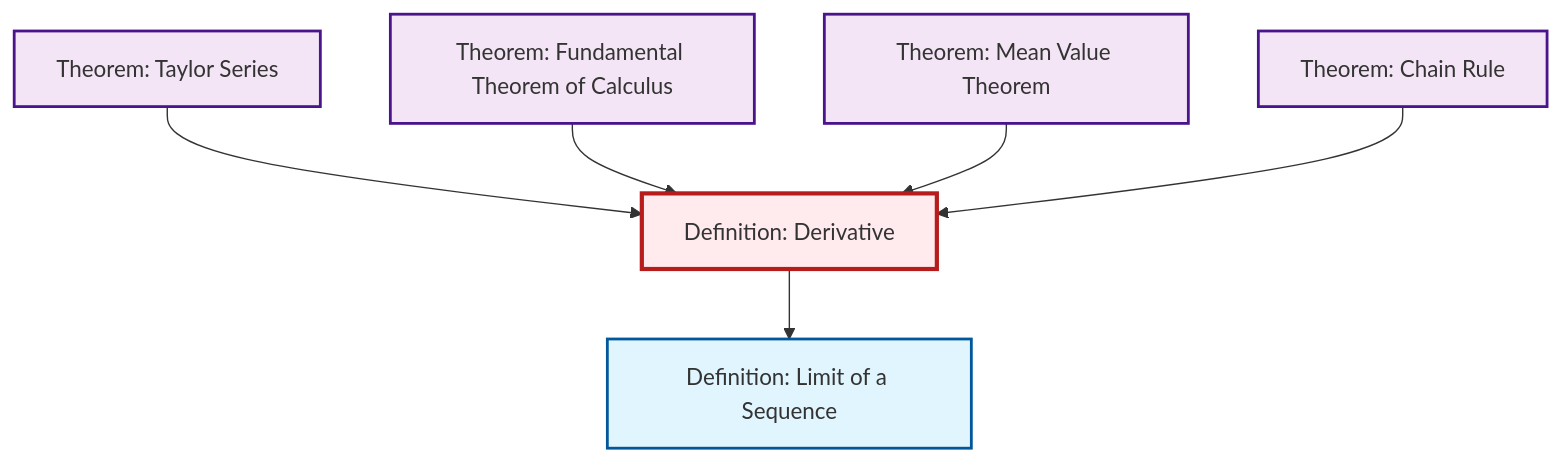
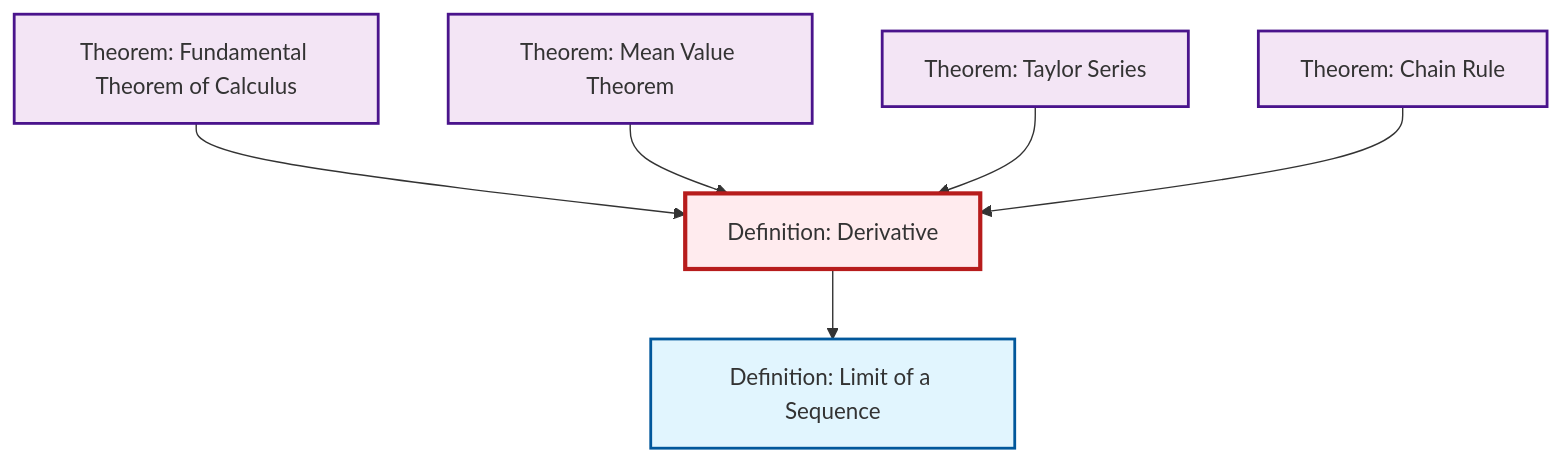
Before and after one commit to RK0429/ModernMath: the second of 2 diagrams in content/ja/analysis/def-derivative.qmd, drawn with Mermaid. The commit also changed other lines of this file and 581 other files, not shown here.

````diff
--- a/content/ja/analysis/def-derivative.qmd
+++ b/content/ja/analysis/def-derivative.qmd
@@ -89,26 +89,26 @@
 ```{mermaid}
 %%| fig-cap: "Local dependency graph"
 graph TD
     classDef definition fill:#e1f5fe,stroke:#01579b,stroke-width:2px
     classDef theorem fill:#f3e5f5,stroke:#4a148c,stroke-width:2px
     classDef axiom fill:#fff3e0,stroke:#e65100,stroke-width:2px
     classDef example fill:#e8f5e9,stroke:#1b5e20,stroke-width:2px
     classDef current fill:#ffebee,stroke:#b71c1c,stroke-width:3px
-    thm-fundamental-calculus["Theorem: Fundamental Theorem of Calculus"]:::theorem
+    thm-taylor-series["Theorem: Taylor Series"]:::theorem
+    thm-mean-value["Theorem: Mean Value Theorem"]:::theorem
     thm-chain-rule["Theorem: Chain Rule"]:::theorem
-    thm-mean-value["Theorem: Mean Value Theorem"]:::theorem
-    thm-taylor-series["Theorem: Taylor Series"]:::theorem
     def-limit["Definition: Limit of a Sequence"]:::definition
     def-derivative["Definition: Derivative"]:::definition
-    thm-taylor-series --> def-derivative
+    thm-fundamental-calculus["Theorem: Fundamental Theorem of Calculus"]:::theorem
     thm-fundamental-calculus --> def-derivative
     thm-mean-value --> def-derivative
+    def-derivative --> def-limit
+    thm-taylor-series --> def-derivative
     thm-chain-rule --> def-derivative
-    def-derivative --> def-limit
     class def-derivative current
+    click thm-taylor-series "thm-taylor-series.html" "Theorem: Taylor Seriesへ"
+    click thm-mean-value "thm-mean-value.html" "Theorem: Mean Value Theoremへ"
+    click thm-chain-rule "thm-chain-rule.html" "Theorem: Chain Ruleへ"
+    click def-limit "def-limit.html" "Definition: Limit of a Sequenceへ"
     click thm-fundamental-calculus "thm-fundamental-calculus.html" "Theorem: Fundamental Theorem of Calculusへ"
-    click thm-chain-rule "thm-chain-rule.html" "Theorem: Chain Ruleへ"
-    click thm-mean-value "thm-mean-value.html" "Theorem: Mean Value Theoremへ"
-    click thm-taylor-series "thm-taylor-series.html" "Theorem: Taylor Seriesへ"
-    click def-limit "def-limit.html" "Definition: Limit of a Sequenceへ"
 ```
````
